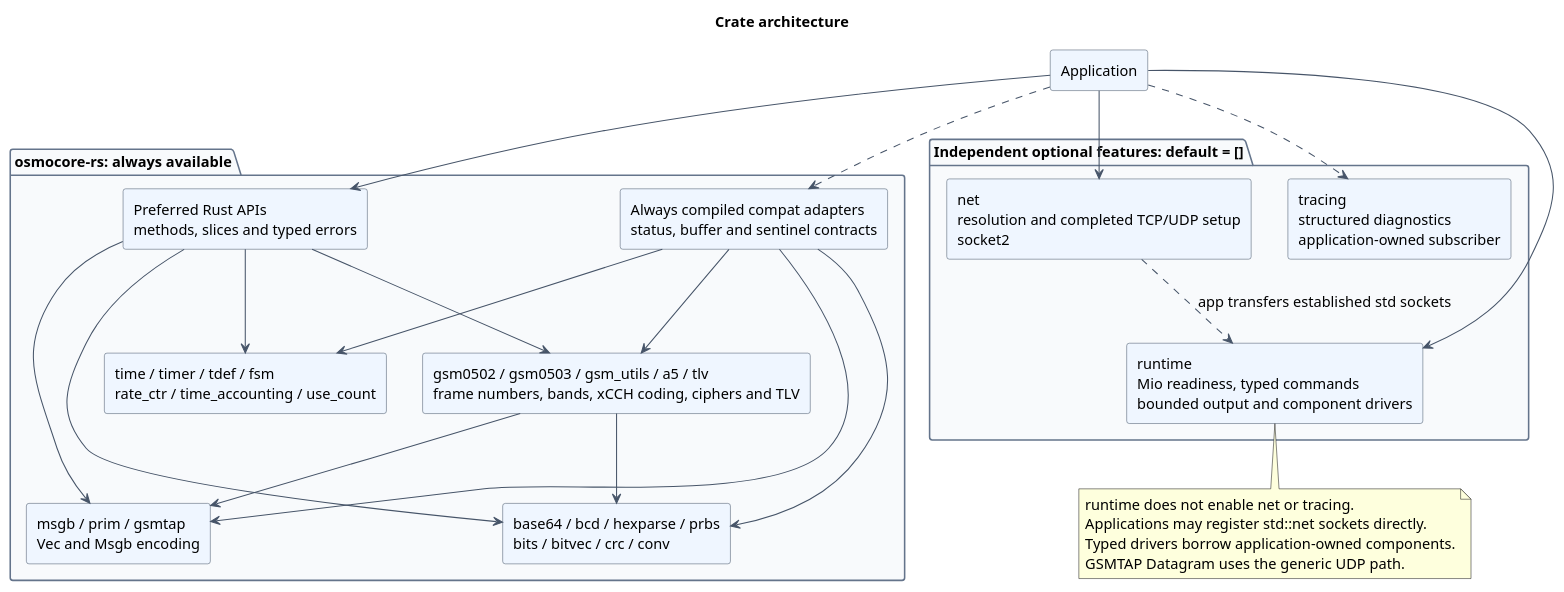
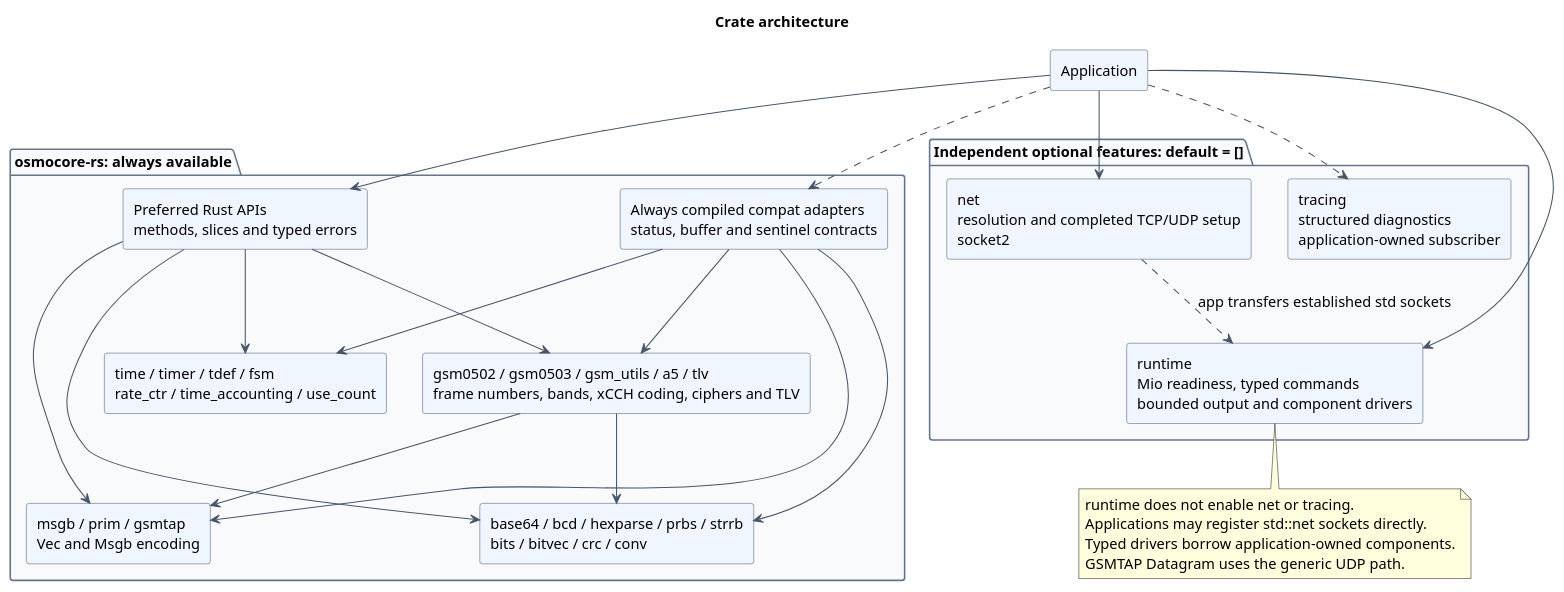
One commit to Silent-Wolf-Labs/osmocore-rs changed the diagram in docs/architecture/diagrams/src/crate-architecture.puml. Above: the diagram before and after it, drawn with PlantUML. The commit also changed 8 other files, not shown here.

```diff
--- a/docs/architecture/diagrams/src/crate-architecture.puml
+++ b/docs/architecture/diagrams/src/crate-architecture.puml
@@ -1,50 +1,50 @@
 @startuml
 title Crate architecture
 skinparam backgroundColor white
 skinparam shadowing false
 skinparam componentStyle rectangle
 skinparam defaultFontName SansSerif
 skinparam defaultFontSize 14
 skinparam ArrowColor #475569
 skinparam componentBackgroundColor #EFF6FF
 skinparam componentBorderColor #475569
 skinparam packageBackgroundColor #F8FAFC
 skinparam packageBorderColor #64748B
 top to bottom direction
 component "Application" as app
 package "osmocore-rs: always available" {
 component "Preferred Rust APIs\nmethods, slices and typed errors" as preferred
 component "Always compiled compat adapters\nstatus, buffer and sentinel contracts" as compat
-component "base64 / bcd / hexparse / prbs\nbits / bitvec / crc / conv" as utilities
+component "base64 / bcd / hexparse / prbs / strrb\nbits / bitvec / crc / conv" as utilities
 component "gsm0502 / gsm0503 / gsm_utils / a5 / tlv\nframe numbers, bands, xCCH coding, ciphers and TLV" as gsm
 component "msgb / prim / gsmtap\nVec and Msgb encoding" as messages
 component "time / timer / tdef / fsm\nrate_ctr / time_accounting / use_count" as components
 }
 package "Independent optional features: default = []" {
 component "net\nresolution and completed TCP/UDP setup\nsocket2" as net
 component "runtime\nMio readiness, typed commands\nbounded output and component drivers" as runtime
 component "tracing\nstructured diagnostics\napplication-owned subscriber" as tracing
 }
 app --> preferred
 app ..> compat
 preferred --> utilities
 preferred --> gsm
 preferred --> messages
 preferred --> components
 compat --> utilities
 compat --> gsm
 compat --> messages
 compat --> components
 gsm --> utilities
 gsm --> messages
 app --> net
 app --> runtime
 app ..> tracing
 net ..> runtime : app transfers established std sockets
 note bottom of runtime
 runtime does not enable net or tracing.
 Applications may register std::net sockets directly.
 Typed drivers borrow application-owned components.
 GSMTAP Datagram uses the generic UDP path.
 end note
 @enduml
```
